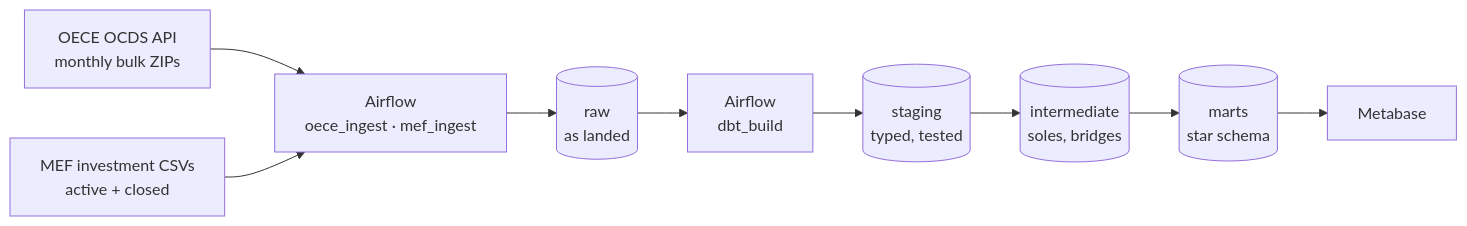
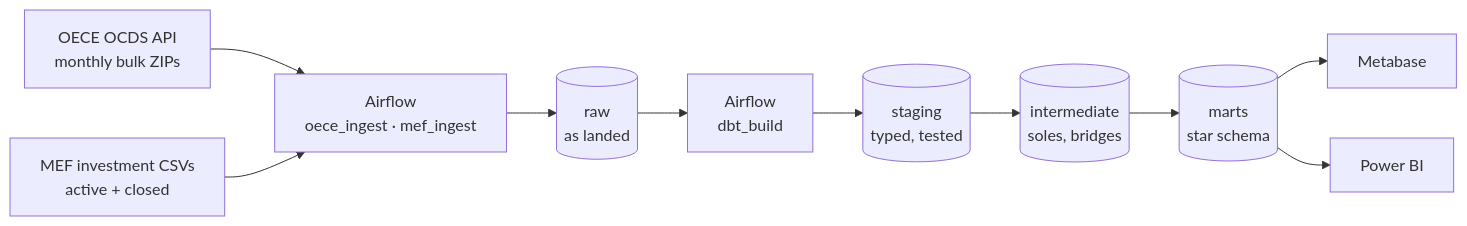
One commit to angelariasus/public-spend-pipeline changed the diagram in README.md. Above: the diagram before and after it, drawn with Mermaid. The commit also changed other lines of this file and 5 other files, not shown here.

````diff
--- a/README.md
+++ b/README.md
@@ -85,9 +86,10 @@
 ```mermaid
 flowchart LR
     oece["OECE OCDS API<br/>monthly bulk ZIPs"] --> ingest
     mef["MEF investment CSVs<br/>active + closed"] --> ingest
     ingest["Airflow<br/>oece_ingest · mef_ingest"] --> raw[("raw<br/>as landed")]
     raw --> dbt["Airflow<br/>dbt_build"]
     dbt --> staging[("staging<br/>typed, tested")] --> intermediate[("intermediate<br/>soles, bridges")] --> marts[("marts<br/>star schema")]
     marts --> metabase["Metabase"]
+    marts --> powerbi["Power BI"]
 ```
````
